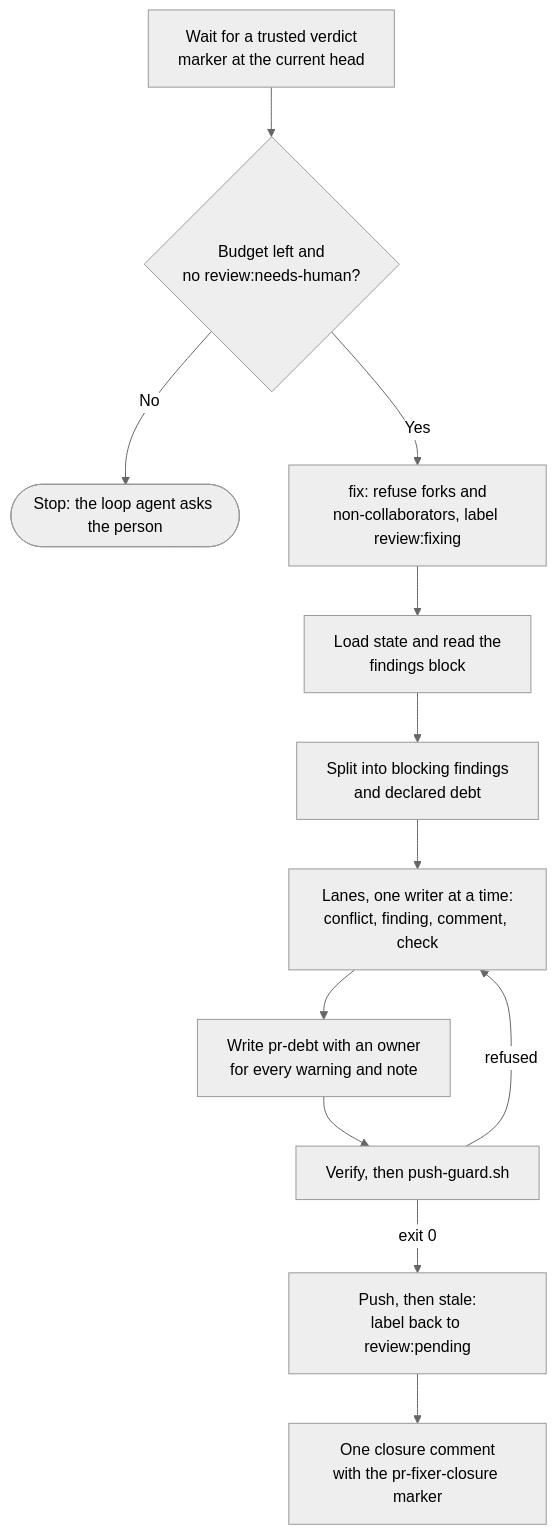
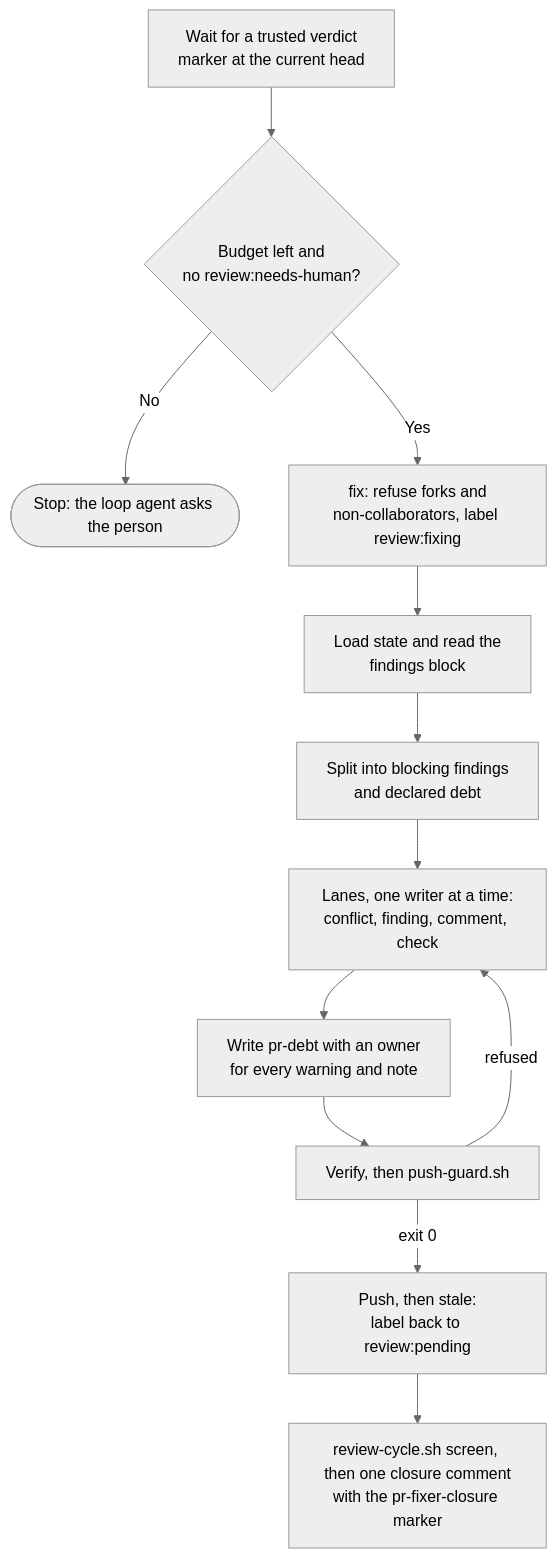
Before and after one commit to jonyfs/pr-reviewer-fixer: the fifth of 5 diagrams in docs/HOW-IT-WORKS.md, drawn with Mermaid (neutral theme). The commit also changed 2 other files, not shown here.

Commit message:
0.11.0: harness-loop stops on status exit 2; HOW-IT-WORKS screens the closure
Follow-up to S3 and #25 N2: the loop procedure names what to do when status exits 2 (a foreign edit
or deletion among the reasons), and the fixer flow diagram in HOW-IT-WORKS shows the screen before
the closure comment.

Claude-Session: https://claude.ai/code/session_014jaCcdvVT6XTRShok5rCBV

````diff
--- a/docs/HOW-IT-WORKS.md
+++ b/docs/HOW-IT-WORKS.md
@@ -207,14 +207,14 @@
 ```mermaid
 flowchart TD
     A[Wait for a trusted verdict<br/>marker at the current head] --> B{Budget left and<br/>no review:needs-human?}
     B -->|No| Z([Stop: the loop agent asks the person])
     B -->|Yes| C[fix: refuse forks and<br/>non-collaborators, label review:fixing]
     C --> D[Load state and read the<br/>findings block]
     D --> E[Split into blocking findings<br/>and declared debt]
     E --> F[Lanes, one writer at a time:<br/>conflict, finding, comment, check]
     F --> G[Write pr-debt with an owner<br/>for every warning and note]
     G --> H[Verify, then push-guard.sh]
     H -->|refused| F
     H -->|exit 0| I[Push, then stale:<br/>label back to review:pending]
-    I --> J[One closure comment<br/>with the pr-fixer-closure marker]
+    I --> J[review-cycle.sh screen, then one closure comment<br/>with the pr-fixer-closure marker]
 ```
````
